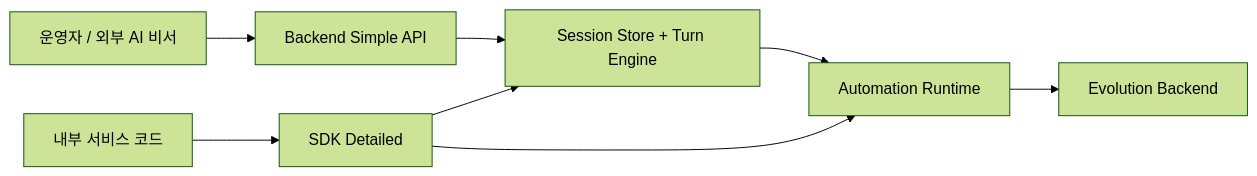
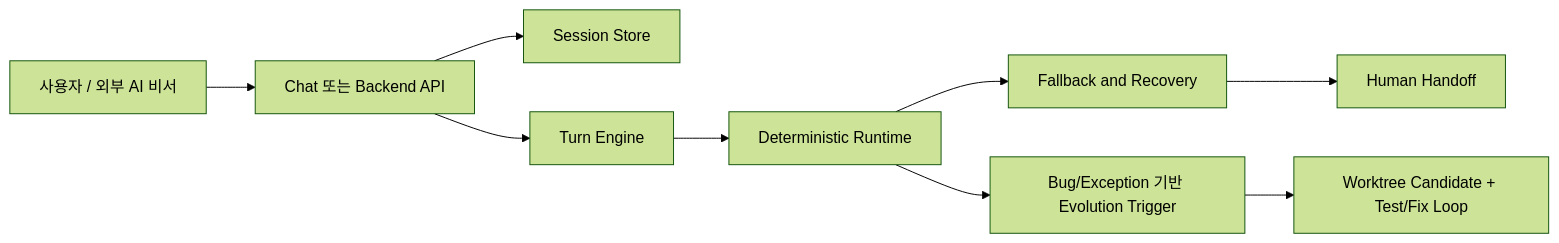
Before and after one commit to jedikim/web-testing: the diagram in README.ko.md, drawn with Mermaid (forest theme). The commit also changed other lines of this file and 27 other files, not shown here.

Commit message:
docs: refresh bilingual docs for current architecture and operations

````diff
--- a/README.ko.md
+++ b/README.ko.md
@@ -14,11 +46,11 @@
 ```mermaid
 flowchart LR
-    U[운영자 / 외부 AI 비서] --> B[Backend Simple API]
-    B --> S[Session Store + Turn Engine]
-    S --> A[Automation Runtime]
-    A --> E[Evolution Backend]
-
-    X[내부 서비스 코드] --> D[SDK Detailed]
-    D --> S
-    D --> A
+    U[사용자 / 외부 AI 비서] --> C[Chat 또는 Backend API]
+    C --> S[Session Store]
+    C --> T[Turn Engine]
+    T --> D[Deterministic Runtime]
+    D --> F[Fallback and Recovery]
+    F --> H[Human Handoff]
+    D --> E[Bug/Exception 기반 Evolution Trigger]
+    E --> W[Worktree Candidate + Test/Fix Loop]
 ```
````
